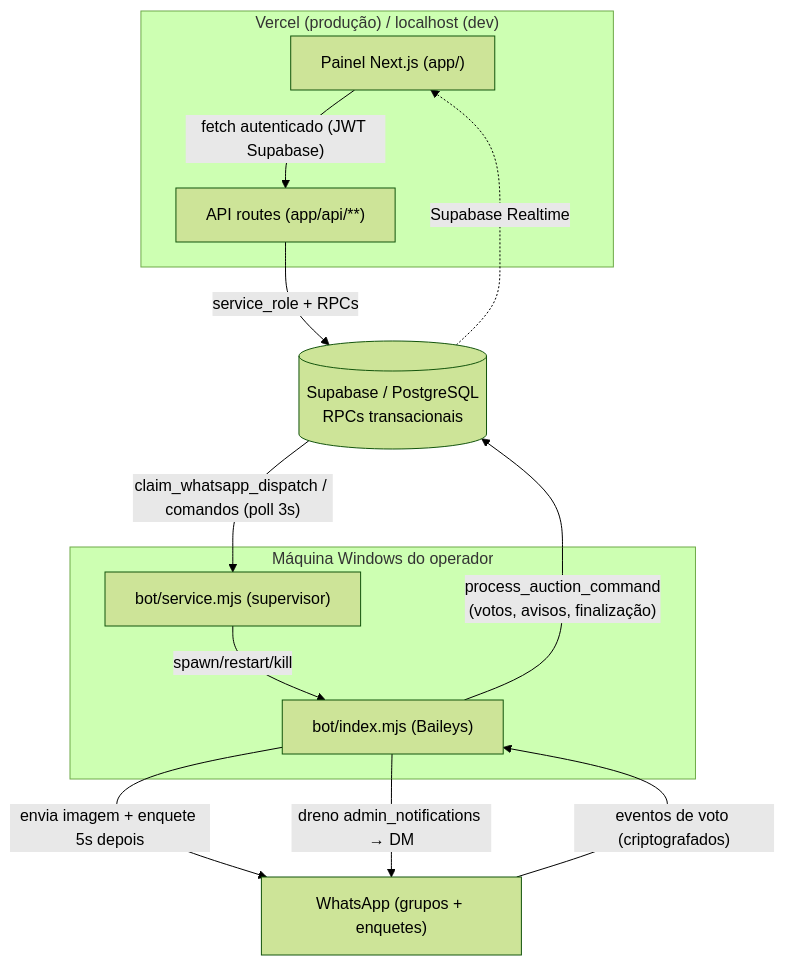
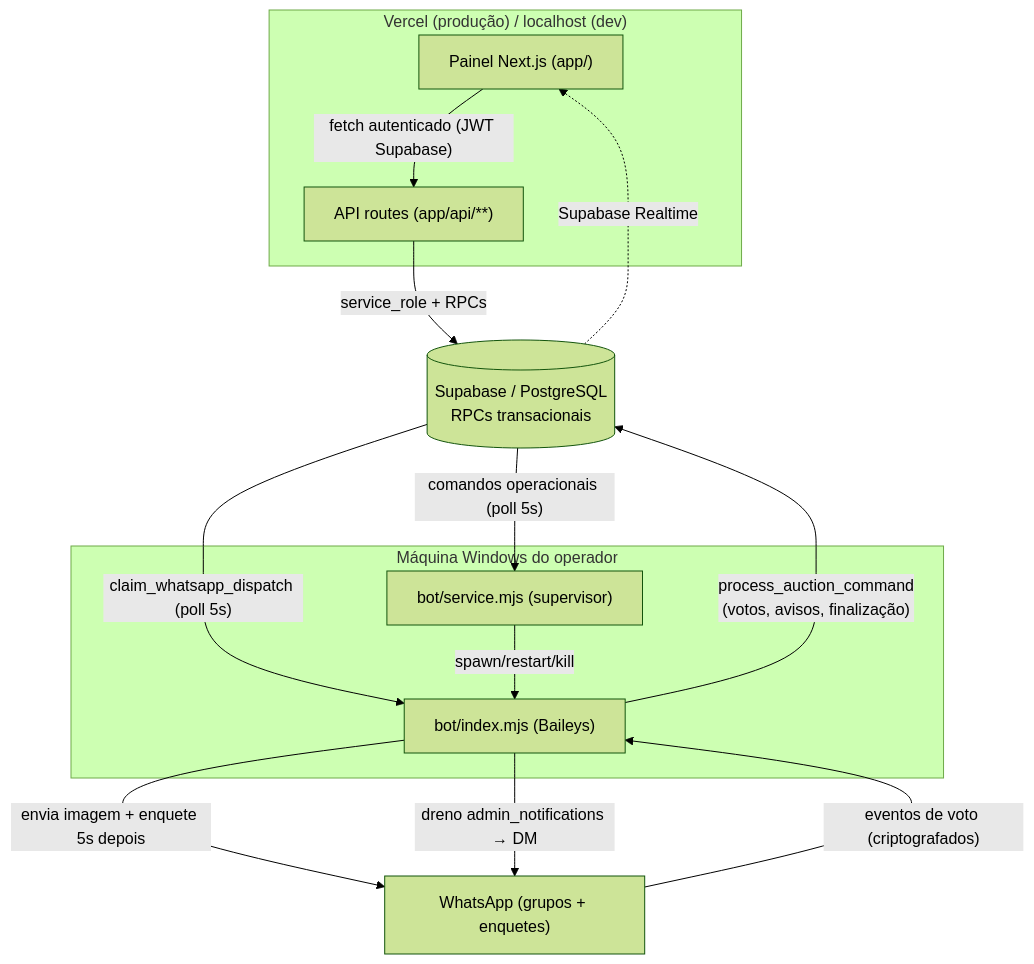
Before and after one commit to felipinhobxd/leilao-Pokemon: the diagram in docs/agent/02_ARCHITECTURE.md, drawn with Mermaid (forest theme). The commit also changed other lines of this file and 14 other files, not shown here.

````diff
--- a/docs/agent/02_ARCHITECTURE.md
+++ b/docs/agent/02_ARCHITECTURE.md
@@ -10,23 +10,24 @@
 ```mermaid
 flowchart TD
     subgraph Vercel["Vercel (produção) / localhost (dev)"]
         UI["Painel Next.js (app/)"]
         API["API routes (app/api/**)"]
     end
     DB[("Supabase / PostgreSQL\nRPCs transacionais")]
     subgraph PC["Máquina Windows do operador"]
         SUP["bot/service.mjs (supervisor)"]
         CHILD["bot/index.mjs (Baileys)"]
     end
     WA["WhatsApp (grupos + enquetes)"]
 
     UI -->|"fetch autenticado (JWT Supabase)"| API
     API -->|"service_role + RPCs"| DB
-    DB -->|"claim_whatsapp_dispatch / comandos (poll 3s)"| SUP
+    DB -->|"claim_whatsapp_dispatch (poll 5s)"| CHILD
+    DB -->|"comandos operacionais (poll 5s)"| SUP
     SUP -->|"spawn/restart/kill"| CHILD
     CHILD -->|"envia imagem + enquete 5s depois"| WA
     WA -->|"eventos de voto (criptografados)"| CHILD
     CHILD -->|"process_auction_command\n(votos, avisos, finalização)"| DB
     CHILD -->|"dreno admin_notifications → DM"| WA
     DB -.->|"Supabase Realtime"| UI
 ```
````
